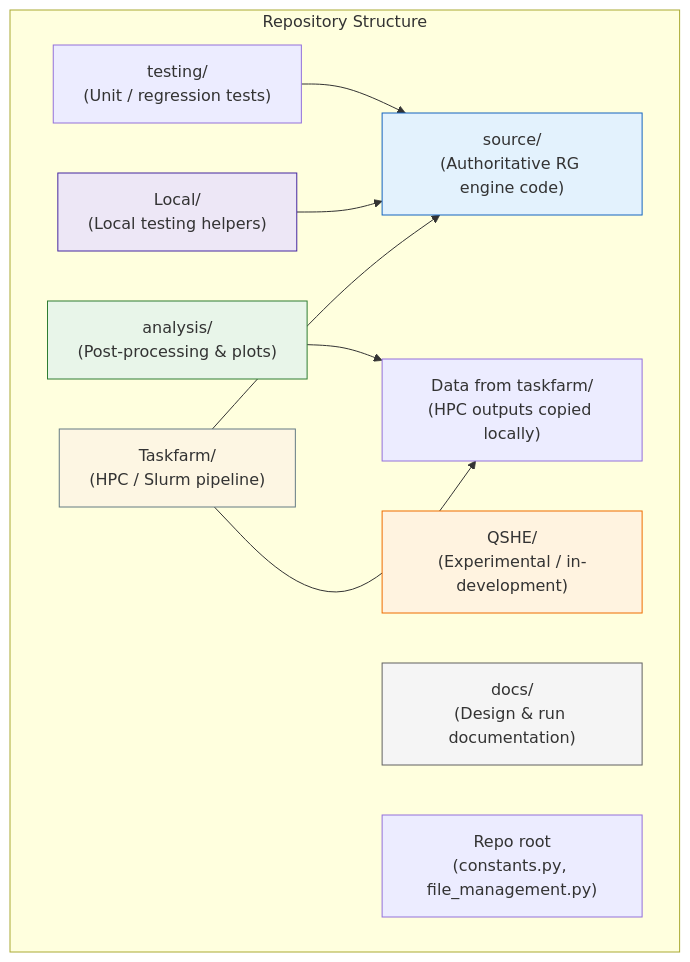
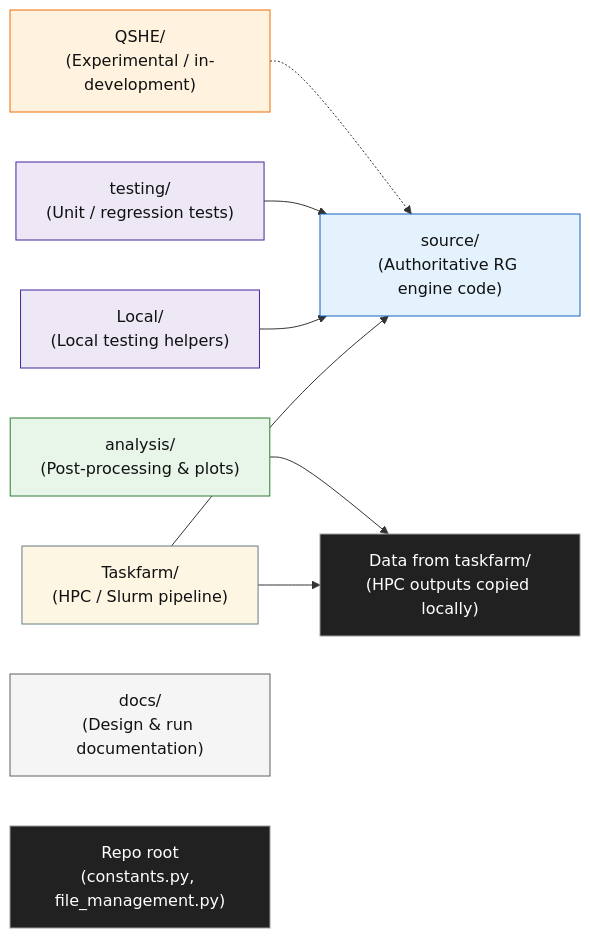
The diagram in README.md (Sarkar-shreyas/PX402-RGCC), drawn with Mermaid before and after one commit.

Commit message:
Test different mermaid diagram

````diff
--- a/README.md
+++ b/README.md
@@ -8,27 +8,45 @@
 ```mermaid
-flowchart TB
-    subgraph Repo["Repository Structure"]
-        TF["Taskfarm/\n(HPC / Slurm pipeline)"]
-        SRC["source/\n(Authoritative RG engine code)"]
-        LOC["Local/\n(Local testing helpers)"]
-        ANA["analysis/\n(Post-processing & plots)"]
-        QSHE["QSHE/\n(Experimental / in-development)"]
-        DATA["Data from taskfarm/\n(HPC outputs copied locally)"]
-        DOCS["docs/\n(Design & run documentation)"]
-        TEST["testing/\n(Unit / regression tests)"]
-        ROOT["Repo root\n(constants.py, file_management.py)"]
-    end
+flowchart LR
 
-    TF --> SRC
-    TF --> DATA
-    LOC --> SRC
-    ANA --> DATA
-    TEST --> SRC
+%% ---------- Nodes ----------
+TF["Taskfarm/<br/>(HPC / Slurm pipeline)"]
+SRC["source/<br/>(Authoritative RG engine code)"]
+LOC["Local/<br/>(Local testing helpers)"]
+TEST["testing/<br/>(Unit / regression tests)"]
+ANA["analysis/<br/>(Post-processing & plots)"]
+DATA["Data from taskfarm/<br/>(HPC outputs copied locally)"]
+QSHE["QSHE/<br/>(Experimental / in-development)"]
+DOCS["docs/<br/>(Design & run documentation)"]
+ROOT["Repo root<br/>(constants.py, file_management.py)"]
 
-    style TF fill:#fdf6e3,stroke:#657b83
-    style SRC fill:#e3f2fd,stroke:#1565c0
-    style LOC fill:#ede7f6,stroke:#4527a0
-    style ANA fill:#e8f5e9,stroke:#2e7d32
-    style QSHE fill:#fff3e0,stroke:#ef6c00
-    style DOCS fill:#f5f5f5,stroke:#616161
+%% ---------- Flow ----------
+TF --> SRC
+TF --> DATA
+LOC --> SRC
+TEST --> SRC
+ANA --> DATA
+
+%% Optional: show QSHE as separate (no misleading dependency arrows)
+QSHE -.-> SRC
+
+%% ---------- Styling ----------
+classDef engine fill:#e3f2fd,stroke:#1565c0,color:#111;
+classDef hpc fill:#fdf6e3,stroke:#657b83,color:#111;
+classDef local fill:#ede7f6,stroke:#4527a0,color:#111;
+classDef analysis fill:#e8f5e9,stroke:#2e7d32,color:#111;
+classDef data fill:#212121,stroke:#9e9e9e,color:#fff;
+classDef docs fill:#f5f5f5,stroke:#616161,color:#111;
+classDef exp fill:#fff3e0,stroke:#ef6c00,color:#111;
+classDef root fill:#212121,stroke:#9e9e9e,color:#fff;
+
+class SRC engine
+class TF hpc
+class LOC local
+class TEST local
+class ANA analysis
+class DATA data
+class DOCS docs
+class QSHE exp
+class ROOT root
+
 ```
````
